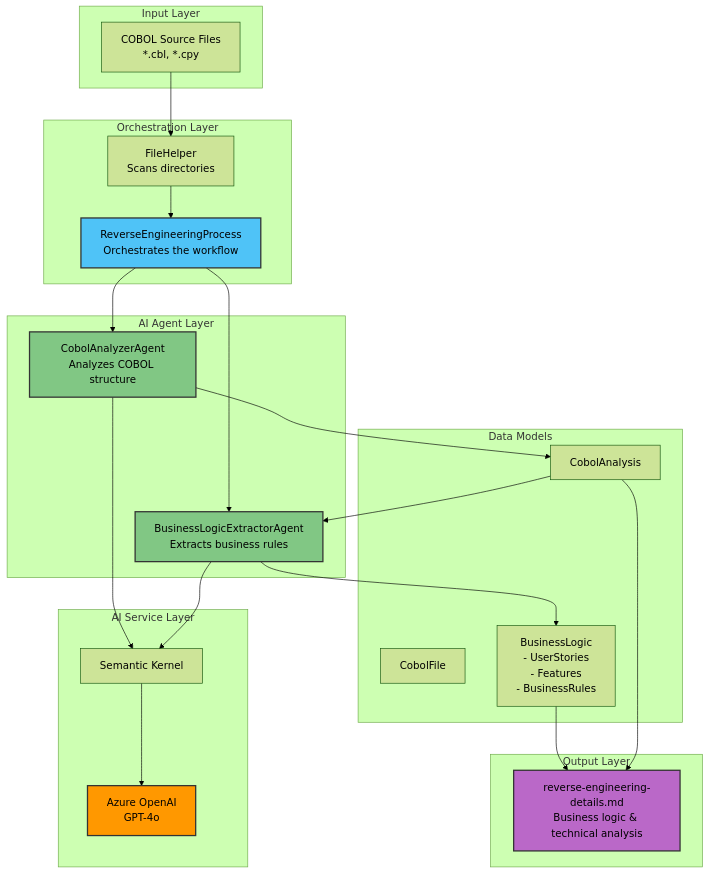
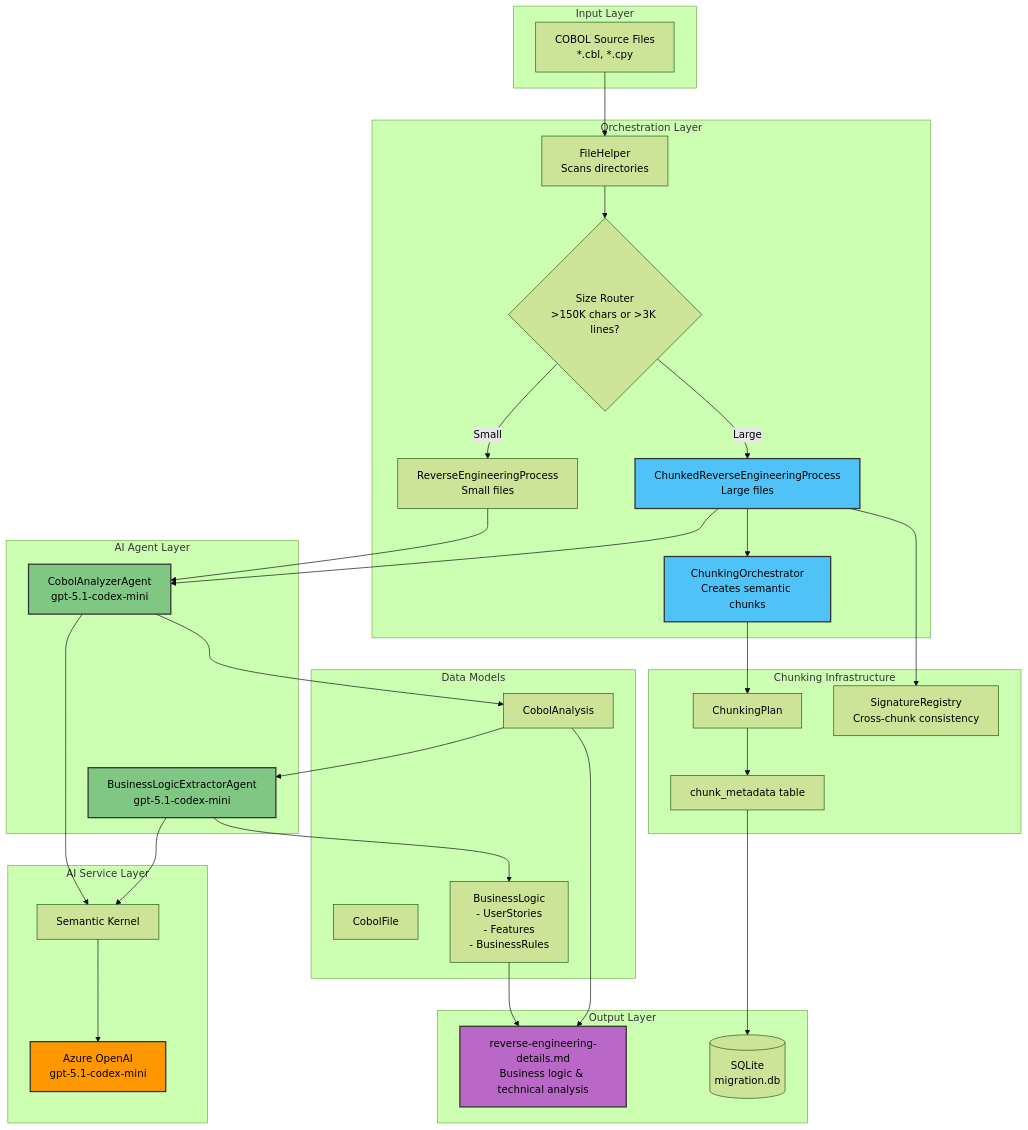
Before and after one commit to Azure-Samples/Legacy-Modernization-Agents: the second of 7 diagrams in REVERSE_ENGINEERING_ARCHITECTURE.md, drawn with Mermaid (forest theme). The commit also changed other lines of this file and 91 other files, not shown here.

````diff
--- a/REVERSE_ENGINEERING_ARCHITECTURE.md
+++ b/REVERSE_ENGINEERING_ARCHITECTURE.md
@@ -29,54 +62,73 @@
 ```mermaid
 graph TB
     subgraph "Input Layer"
         COBOL[COBOL Source Files<br/>*.cbl, *.cpy]
     end
     
     subgraph "Orchestration Layer"
-        REProcess[ReverseEngineeringProcess<br/>Orchestrates the workflow]
         FileHelper[FileHelper<br/>Scans directories]
+        SizeRouter{Size Router<br/>>150K chars or >3K lines?}
+        REProcess[ReverseEngineeringProcess<br/>Small files]
+        ChunkedRE[ChunkedReverseEngineeringProcess<br/>Large files]
+        ChunkOrch[ChunkingOrchestrator<br/>Creates semantic chunks]
     end
     
     subgraph "AI Agent Layer"
-        CobolAnalyzer[CobolAnalyzerAgent<br/>Analyzes COBOL structure]
-        BusinessLogic[BusinessLogicExtractorAgent<br/>Extracts business rules]
+        CobolAnalyzer[CobolAnalyzerAgent<br/>gpt-5.1-codex-mini]
+        BusinessLogic[BusinessLogicExtractorAgent<br/>gpt-5.1-codex-mini]
     end
     
     subgraph "AI Service Layer"
         SK[Semantic Kernel]
-        Azure[Azure OpenAI<br/>GPT-4o]
+        Azure[Azure OpenAI<br/>gpt-5.1-codex-mini]
     end
     
     subgraph "Data Models"
         CobolFile[CobolFile]
         CobolAnalysis[CobolAnalysis]
         BusinessLogicModel[BusinessLogic<br/>- UserStories<br/>- Features<br/>- BusinessRules]
     end
     
+    subgraph "Chunking Infrastructure"
+        ChunkPlan[ChunkingPlan]
+        ChunkMeta[chunk_metadata table]
+        SigRegistry[SignatureRegistry<br/>Cross-chunk consistency]
+    end
+    
     subgraph "Output Layer"
         DetailsMD[reverse-engineering-details.md<br/>Business logic & technical analysis]
+        DB[(SQLite<br/>migration.db)]
     end
     
     COBOL --> FileHelper
-    FileHelper --> REProcess
+    FileHelper --> SizeRouter
+    SizeRouter -->|Small| REProcess
+    SizeRouter -->|Large| ChunkedRE
+    ChunkedRE --> ChunkOrch
+    ChunkOrch --> ChunkPlan
+    ChunkPlan --> ChunkMeta
+    
     REProcess --> CobolAnalyzer
-    REProcess --> BusinessLogic
+    ChunkedRE --> CobolAnalyzer
+    ChunkedRE --> SigRegistry
     
     CobolAnalyzer --> SK
     BusinessLogic --> SK
     SK --> Azure
     
     CobolAnalyzer --> CobolAnalysis
     BusinessLogic --> BusinessLogicModel
     
     CobolAnalysis --> BusinessLogic
     
     BusinessLogicModel --> DetailsMD
     CobolAnalysis --> DetailsMD
+    ChunkMeta --> DB
     
-    style REProcess fill:#4fc3f7,stroke:#333,stroke-width:2px,color:#000
+    style ChunkedRE fill:#4fc3f7,stroke:#333,stroke-width:2px,color:#000
+    style ChunkOrch fill:#4fc3f7,stroke:#333,stroke-width:2px,color:#000
     style CobolAnalyzer fill:#81c784,stroke:#333,stroke-width:2px,color:#000
     style BusinessLogic fill:#81c784,stroke:#333,stroke-width:2px,color:#000
     style Azure fill:#ff9800,stroke:#333,stroke-width:2px,color:#000
     style DetailsMD fill:#ba68c8,stroke:#333,stroke-width:2px,color:#000
 ```
````
